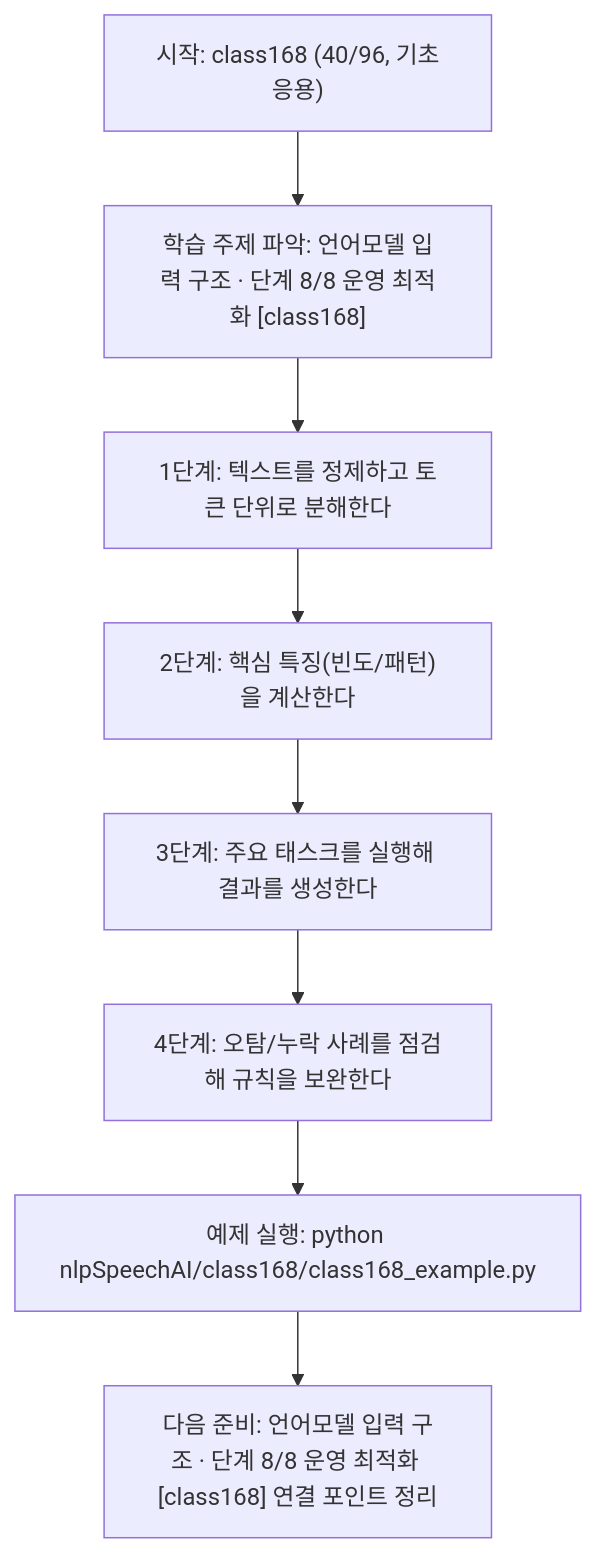
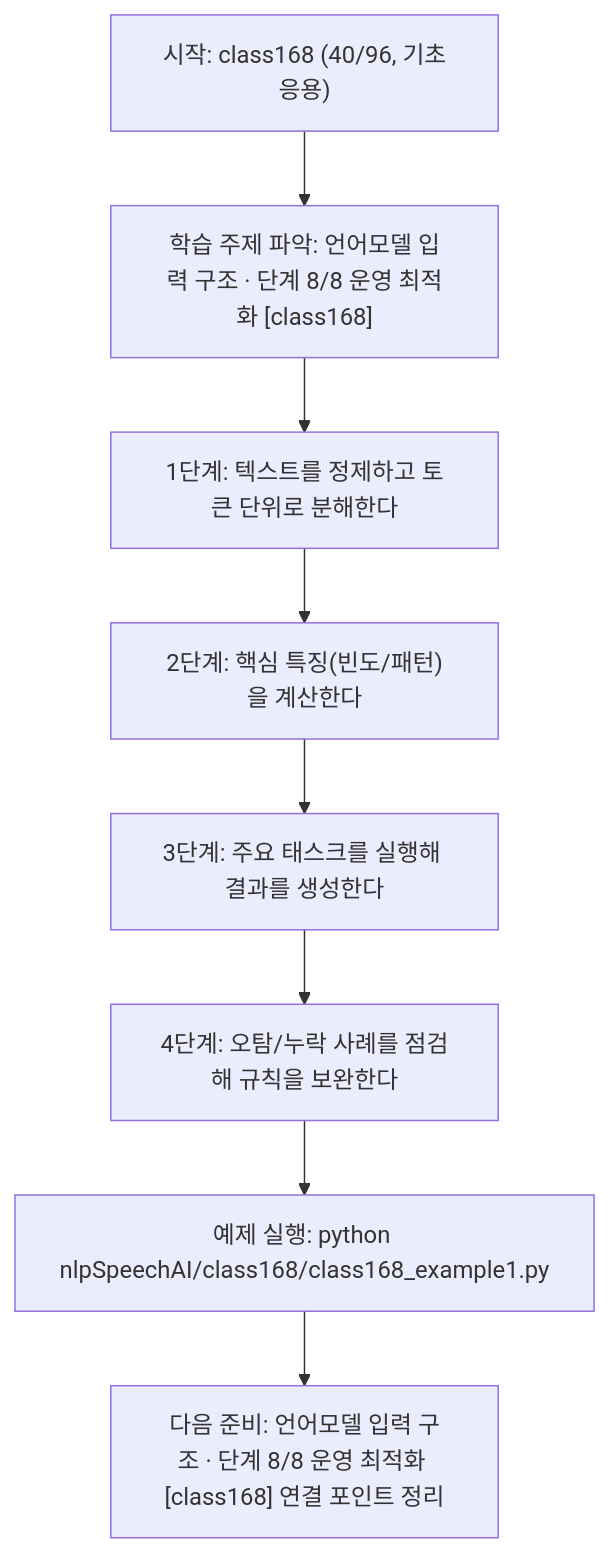
One commit to edumgt/Python-AI_Agent-Class changed the diagram in nlpSpeechAI/class168/class168.md. Above: the diagram before and after it, drawn with Mermaid. The commit also changed other lines of this file and 2959 other files, not shown here.

````diff
--- a/nlpSpeechAI/class168/class168.md
+++ b/nlpSpeechAI/class168/class168.md
@@ -114,18 +114,18 @@
 ```mermaid
 flowchart TD
 N1["시작: class168 (40/96, 기초응용)"]
 N2["학습 주제 파악: 언어모델 입력 구조 · 단계 8/8 운영 최적화 [class168]"]
 N3["1단계: 텍스트를 정제하고 토큰 단위로 분해한다"]
 N4["2단계: 핵심 특징(빈도/패턴)을 계산한다"]
 N5["3단계: 주요 태스크를 실행해 결과를 생성한다"]
 N6["4단계: 오탐/누락 사례를 점검해 규칙을 보완한다"]
-N7["예제 실행: python nlpSpeechAI/class168/class168_example.py"]
+N7["예제 실행: python nlpSpeechAI/class168/class168_example1.py"]
 N8["다음 준비: 언어모델 입력 구조 · 단계 8/8 운영 최적화 [class168] 연결 포인트 정리"]
 N1 --> N2
 N2 --> N3
 N3 --> N4
 N4 --> N5
 N5 --> N6
 N6 --> N7
 N7 --> N8
 ```
````
